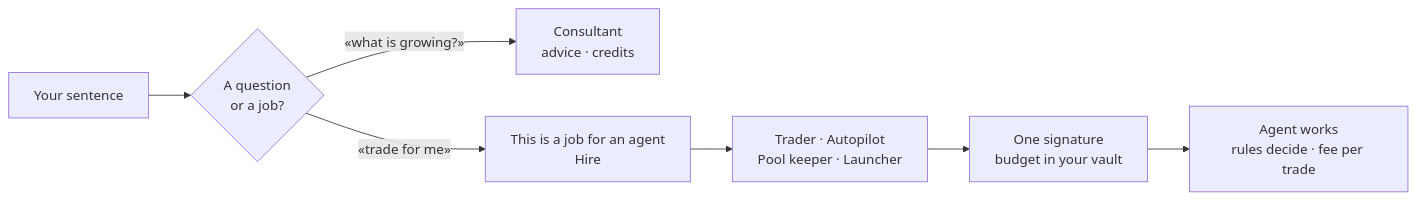
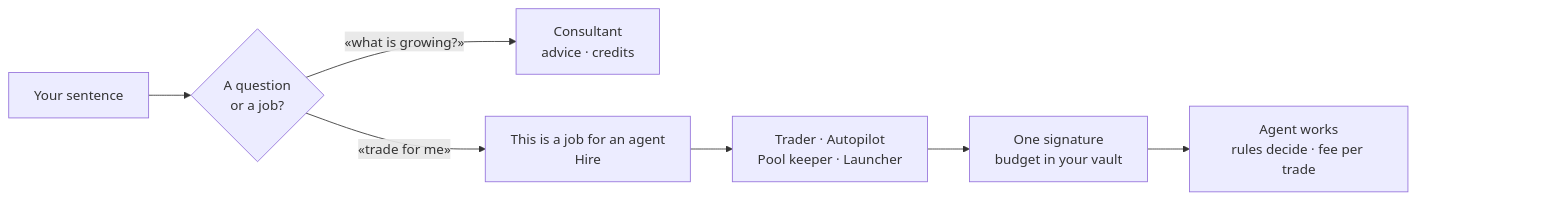
Before and after one commit to ryntra-io/ryntra-solana: diagram 14 of 14 in LEARN.md, drawn with Mermaid. The commit also changed other lines of this file and 1717 other files, not shown here.

````diff
--- a/LEARN.md
+++ b/LEARN.md
@@ -686,9 +723,12 @@
 ```mermaid
 flowchart LR
   Q["Your sentence"] --> R{"A question<br/>or a job?"}
   R -->|"«what is growing?»"| C["Consultant<br/>advice · credits"]
   R -->|"«trade for me»"| H["This is a job for an agent<br/>Hire"]
   H --> T["Trader · Autopilot<br/>Pool keeper · Launcher"]
   T --> S["One signature<br/>budget in your vault"]
   S --> W["Agent works<br/>rules decide · fee per trade"]
+  %% An empty block: GitHub draws its pan and zoom buttons over a diagram's bottom right corner.
+  W ~~~ room["#8195;#8195;#8195;#8195;"]
+  style room fill:none,stroke:none
 ```
````
